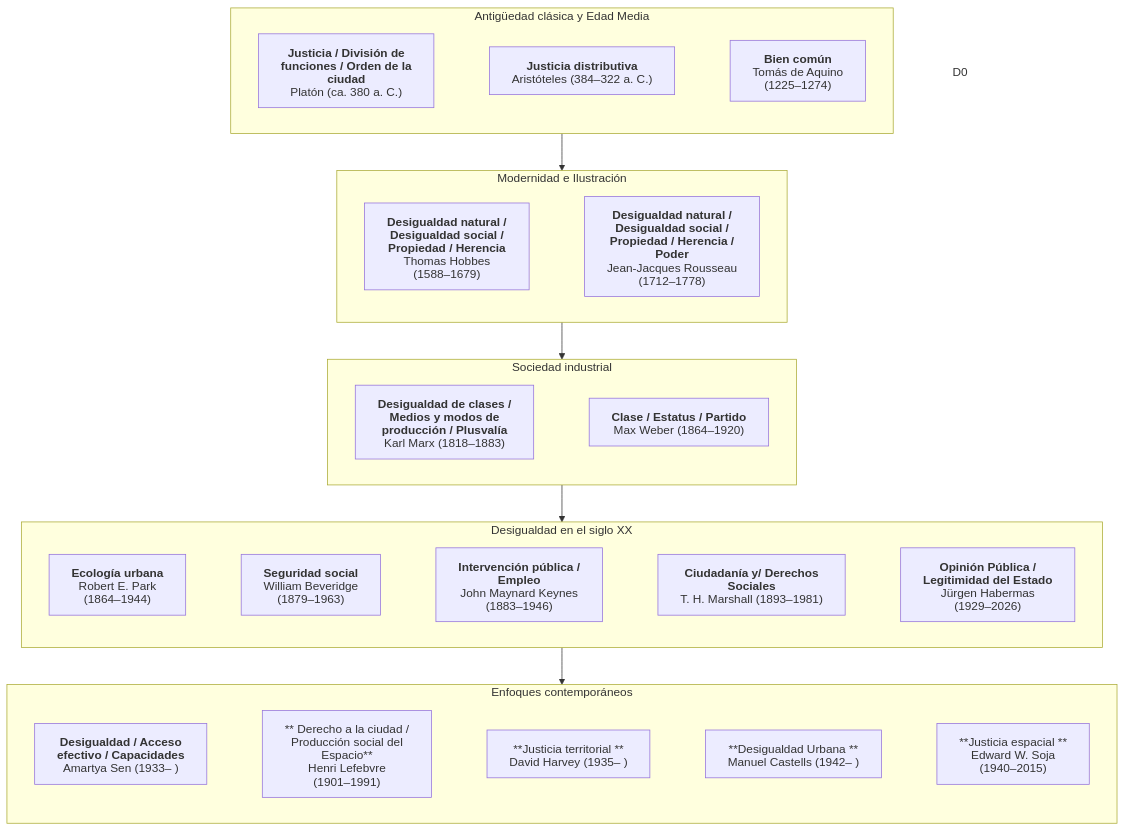
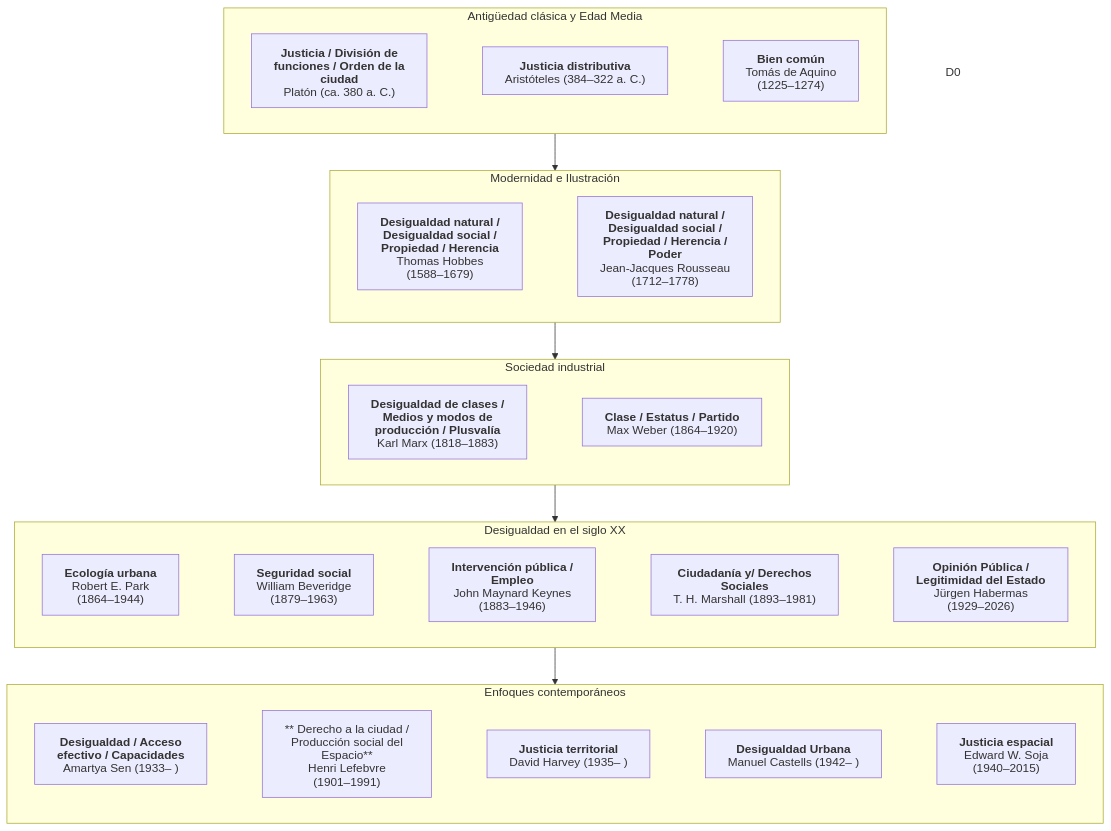
The diagram in desigualdad.md (isarivg/esquema_marco_teorico), drawn with Mermaid before and after one commit.

````diff
--- a/desigualdad.md
+++ b/desigualdad.md
@@ -1,73 +1,73 @@
 ```mermaid
 ---
 config:
   htmlLabels: false
 ---
 flowchart TD
     subgraph A["Antigüedad clásica y Edad Media"]
         direction LR
         A1["`**Justicia / División de funciones / Orden de la ciudad**
 Platón (ca. 380 a. C.)`"]
         A2["`**Justicia distributiva**
 Aristóteles (384–322 a. C.)`"]
         A3["`**Bien común**
 Tomás de Aquino (1225–1274)`"]
 
         A1 ~~~ A2 ~~~ A3
     end
 
     subgraph B["Modernidad e Ilustración"]
         direction LR
         B1["`**Desigualdad natural / Desigualdad social / Propiedad / Herencia**
 Thomas Hobbes (1588–1679)`"]
         B3["`**Desigualdad natural / Desigualdad social / Propiedad / Herencia / Poder**
 Jean-Jacques Rousseau (1712–1778)`"]
 
         B1 ~~~ B3
     end
 
     subgraph C["Sociedad industrial"]
         direction LR
         C1["`**Desigualdad de clases / Medios y modos de producción / Plusvalía**
 Karl Marx (1818–1883)`"]
         C2["`**Clase / Estatus / Partido**
 Max Weber (1864–1920)`"]
 
         C1 ~~~ C2
     end
 
     subgraph D["Desigualdad en el siglo XX"]
         direction LR
         D2["`**Ecología urbana**
 Robert E. Park (1864–1944)`"]
         D3["`**Seguridad social**
 William Beveridge (1879–1963)`"]
         D4["`**Intervención pública / Empleo**
 John Maynard Keynes (1883–1946)`"]
         D5["`**Ciudadanía y/ Derechos Sociales**
 T. H. Marshall (1893–1981)`"]
         D6["`**Opinión Pública / Legitimidad del Estado**
 Jürgen Habermas (1929–2026)`"]
 
         D2 ~~~ D3 ~~~ D4 ~~~ D5 ~~~ D6
     end
 
     subgraph E["Enfoques contemporáneos"]
         direction LR
         E1["`**Desigualdad / Acceso efectivo / Capacidades**
 Amartya Sen (1933– )`"]
         E2["`** Derecho a la ciudad /  Producción social del Espacio**
 Henri Lefebvre (1901–1991)`"]
-        E3["`**Justicia territorial **
+        E3["`**Justicia territorial**
 David Harvey (1935– )`"]
-        E4["`**Desigualdad Urbana **
+        E4["`**Desigualdad Urbana**
 Manuel Castells (1942– )`"]
-        E5["`**Justicia espacial **
+        E5["`**Justicia espacial**
 Edward W. Soja (1940–2015)`"]
 
         E1 ~~~ E2 ~~~ E3 ~~~ E4 ~~~ E5
 
     end
     A --> B --> C --> D --> E
     style D0 fill:none,stroke:none
 ```
````
